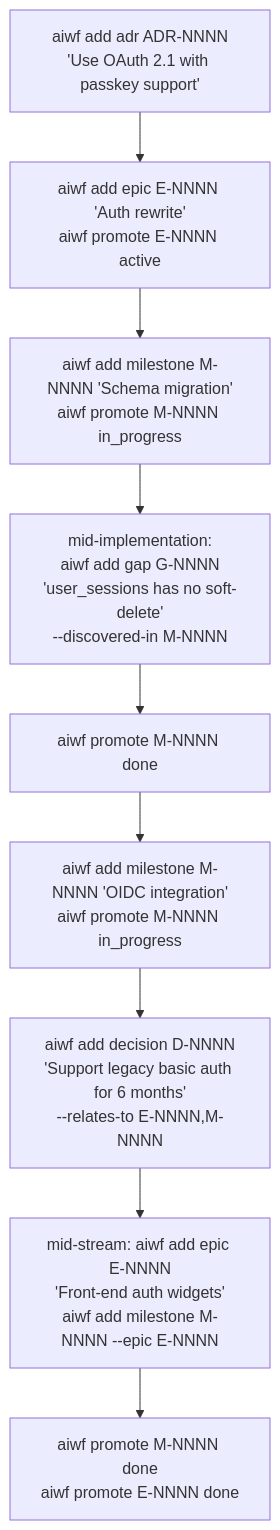
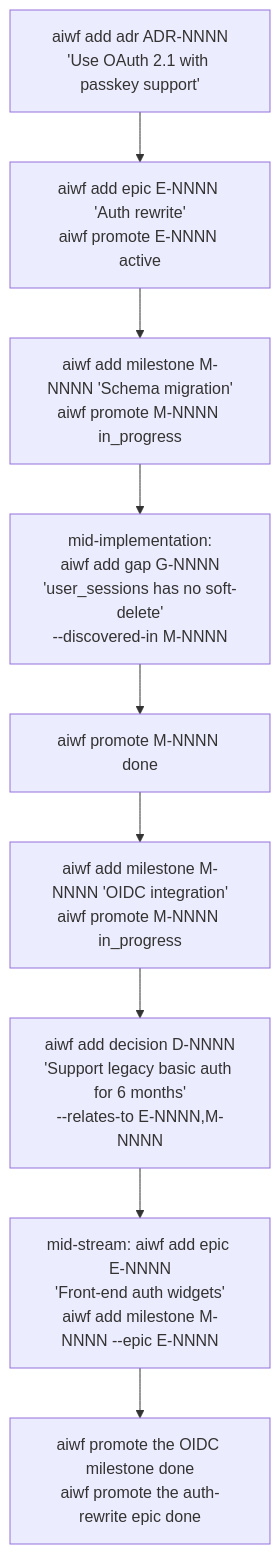
One commit to 23min/aiwf changed the second of 2 diagrams in docs/workflows.md. Above: the diagram before and after it, drawn with Mermaid. The commit also changed other lines of this file and 16 other files, not shown here.

````diff
--- a/docs/workflows.md
+++ b/docs/workflows.md
@@ -121,14 +121,14 @@
 ```mermaid
 flowchart TB
     A["aiwf add adr ADR-NNNN<br/>'Use OAuth 2.1 with passkey support'"]
     B["aiwf add epic E-NNNN 'Auth rewrite'<br/>aiwf promote E-NNNN active"]
     C["aiwf add milestone M-NNNN 'Schema migration'<br/>aiwf promote M-NNNN in_progress"]
     D["mid-implementation:<br/>aiwf add gap G-NNNN<br/>'user_sessions has no soft-delete'<br/>--discovered-in M-NNNN"]
     E["aiwf promote M-NNNN done"]
     F["aiwf add milestone M-NNNN 'OIDC integration'<br/>aiwf promote M-NNNN in_progress"]
     G["aiwf add decision D-NNNN<br/>'Support legacy basic auth for 6 months'<br/>--relates-to E-NNNN,M-NNNN"]
     H["mid-stream: aiwf add epic E-NNNN<br/>'Front-end auth widgets'<br/>aiwf add milestone M-NNNN --epic E-NNNN"]
-    I["aiwf promote M-NNNN done<br/>aiwf promote E-NNNN done"]
+    I["aiwf promote the OIDC milestone done<br/>aiwf promote the auth-rewrite epic done"]
 
     A --> B --> C --> D --> E --> F --> G --> H --> I
 ```
````
